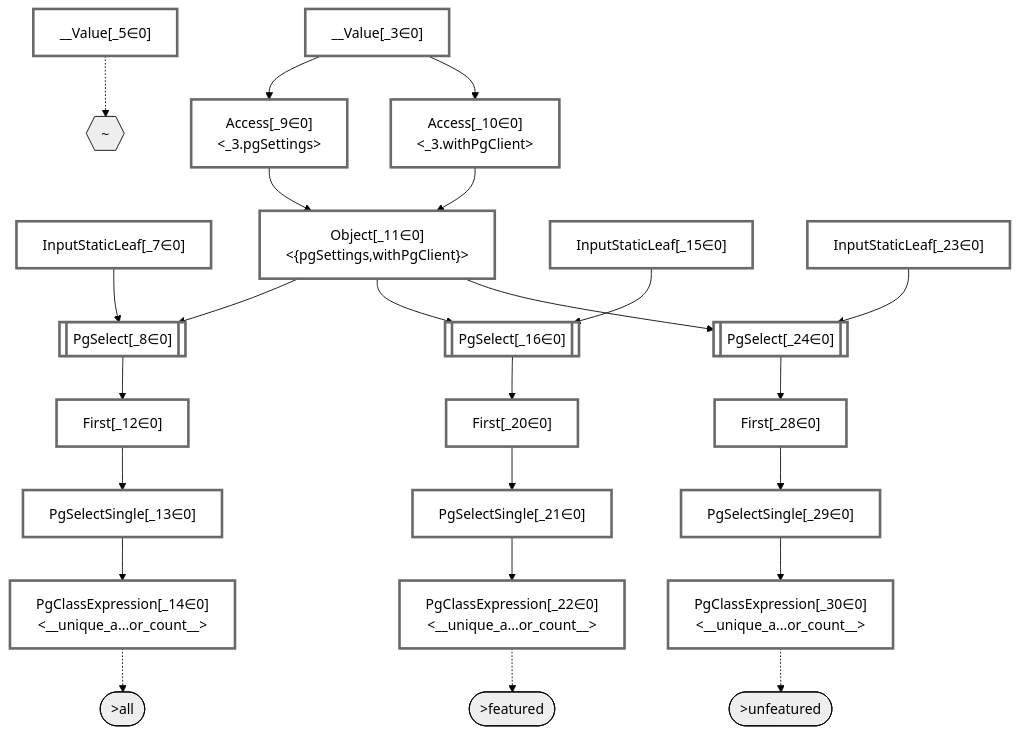
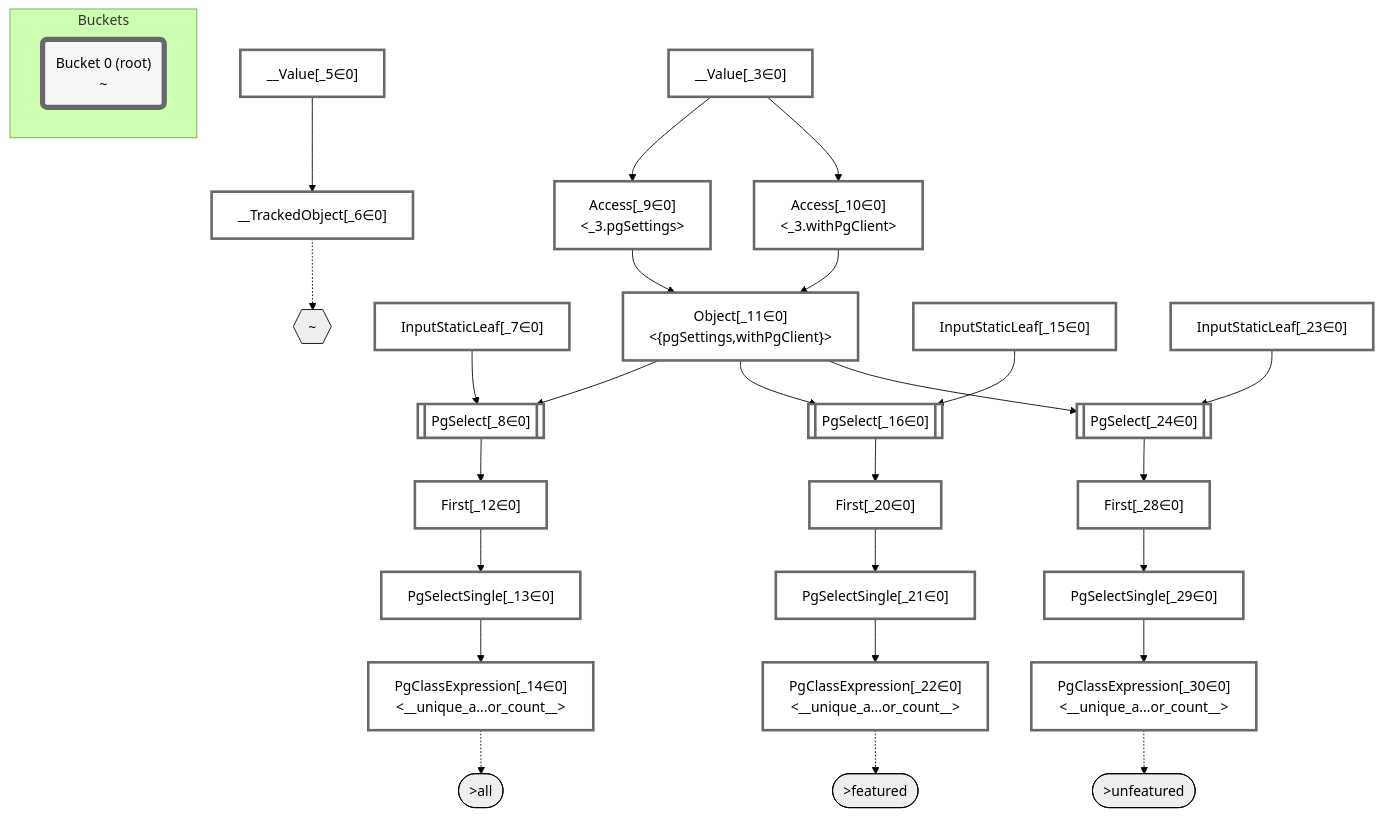
One commit to graphile/crystal changed the diagram in packages/dataplan-pg/__tests__/queries/functions/custom-query-scalar.mermaid.md. Above: the diagram before and after it, drawn with Mermaid (forest theme). The commit also changed 195 other files, not shown here.

````diff
--- a/packages/dataplan-pg/__tests__/queries/functions/custom-query-scalar.mermaid.md
+++ b/packages/dataplan-pg/__tests__/queries/functions/custom-query-scalar.mermaid.md
@@ -1,70 +1,78 @@
 ```mermaid
 graph TD
     classDef path fill:#eee,stroke:#000,color:#000
     classDef plan fill:#fff,stroke-width:3px,color:#000
     classDef itemplan fill:#fff,stroke-width:6px,color:#000
     classDef sideeffectplan fill:#f00,stroke-width:6px,color:#000
+    classDef bucket fill:#f6f6f6,color:#000,stroke-width:6px
 
     %% subgraph fields
     P1{{"~"}}:::path
     P2([">all"]):::path
     %% P1 -.-> P2
     P3([">featured"]):::path
     %% P1 -.-> P3
     P4([">unfeatured"]):::path
     %% P1 -.-> P4
     %% end
 
     %% define plans
     __Value_3["__Value[_3∈0]<br /><context>"]:::plan
     __Value_5["__Value[_5∈0]<br /><rootValue>"]:::plan
+    __TrackedObject_6["__TrackedObject[_6∈0]"]:::plan
     InputStaticLeaf_7["InputStaticLeaf[_7∈0]"]:::plan
     PgSelect_8[["PgSelect[_8∈0]<br /><unique_author_count>"]]:::plan
     Access_9["Access[_9∈0]<br /><_3.pgSettings>"]:::plan
     Access_10["Access[_10∈0]<br /><_3.withPgClient>"]:::plan
     Object_11["Object[_11∈0]<br /><{pgSettings,withPgClient}>"]:::plan
     First_12["First[_12∈0]"]:::plan
     PgSelectSingle_13["PgSelectSingle[_13∈0]<br /><unique_author_count>"]:::plan
     PgClassExpression_14["PgClassExpression[_14∈0]<br /><__unique_a...or_count__>"]:::plan
     InputStaticLeaf_15["InputStaticLeaf[_15∈0]"]:::plan
     PgSelect_16[["PgSelect[_16∈0]<br /><unique_author_count>"]]:::plan
     First_20["First[_20∈0]"]:::plan
     PgSelectSingle_21["PgSelectSingle[_21∈0]<br /><unique_author_count>"]:::plan
     PgClassExpression_22["PgClassExpression[_22∈0]<br /><__unique_a...or_count__>"]:::plan
     InputStaticLeaf_23["InputStaticLeaf[_23∈0]"]:::plan
     PgSelect_24[["PgSelect[_24∈0]<br /><unique_author_count>"]]:::plan
     First_28["First[_28∈0]"]:::plan
     PgSelectSingle_29["PgSelectSingle[_29∈0]<br /><unique_author_count>"]:::plan
     PgClassExpression_30["PgClassExpression[_30∈0]<br /><__unique_a...or_count__>"]:::plan
 
     %% plan dependencies
+    __Value_5 --> __TrackedObject_6
     Object_11 --> PgSelect_8
     InputStaticLeaf_7 --> PgSelect_8
     __Value_3 --> Access_9
     __Value_3 --> Access_10
     Access_9 --> Object_11
     Access_10 --> Object_11
     PgSelect_8 --> First_12
     First_12 --> PgSelectSingle_13
     PgSelectSingle_13 --> PgClassExpression_14
     Object_11 --> PgSelect_16
     InputStaticLeaf_15 --> PgSelect_16
     PgSelect_16 --> First_20
     First_20 --> PgSelectSingle_21
     PgSelectSingle_21 --> PgClassExpression_22
     Object_11 --> PgSelect_24
     InputStaticLeaf_23 --> PgSelect_24
     PgSelect_24 --> First_28
     First_28 --> PgSelectSingle_29
     PgSelectSingle_29 --> PgClassExpression_30
 
     %% plan-to-path relationships
-    __Value_5 -.-> P1
+    __TrackedObject_6 -.-> P1
     PgClassExpression_14 -.-> P2
     PgClassExpression_22 -.-> P3
     PgClassExpression_30 -.-> P4
 
     %% allocate buckets
     classDef bucket0 stroke:#696969
-    class __Value_3,__Value_5,InputStaticLeaf_7,PgSelect_8,Access_9,Access_10,Object_11,First_12,PgSelectSingle_13,PgClassExpression_14,InputStaticLeaf_15,PgSelect_16,First_20,PgSelectSingle_21,PgClassExpression_22,InputStaticLeaf_23,PgSelect_24,First_28,PgSelectSingle_29,PgClassExpression_30 bucket0
+    class __Value_3,__Value_5,__TrackedObject_6,InputStaticLeaf_7,PgSelect_8,Access_9,Access_10,Object_11,First_12,PgSelectSingle_13,PgClassExpression_14,InputStaticLeaf_15,PgSelect_16,First_20,PgSelectSingle_21,PgClassExpression_22,InputStaticLeaf_23,PgSelect_24,First_28,PgSelectSingle_29,PgClassExpression_30 bucket0
+
+    subgraph Buckets
+    Bucket0("Bucket 0 (root)<br />~"):::bucket
+    style Bucket0 stroke:#696969
+    end
 ```
````
